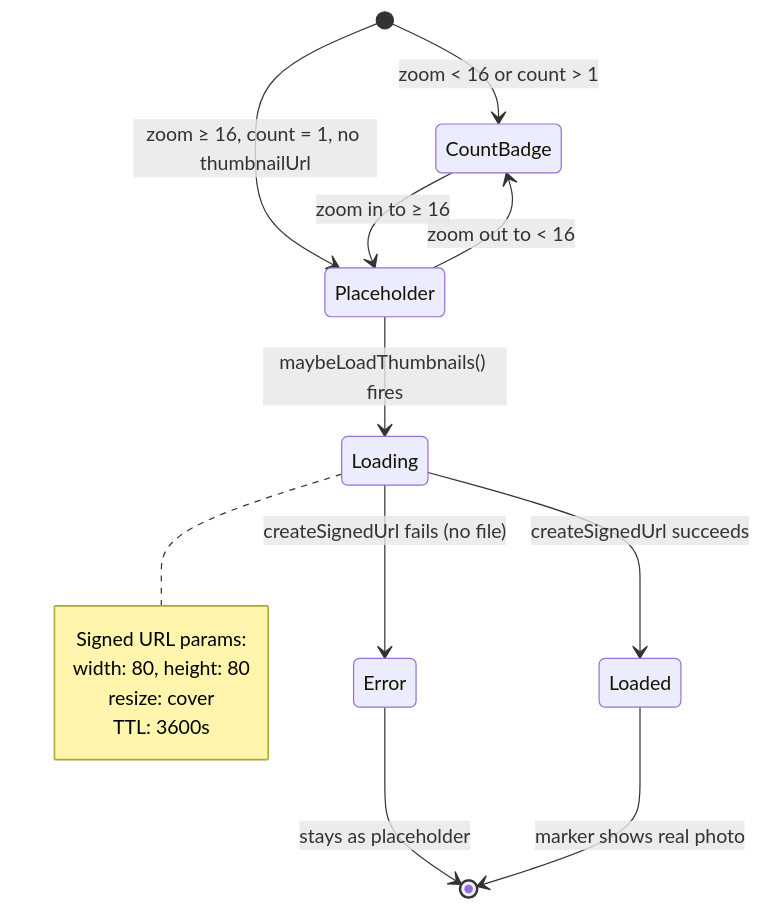
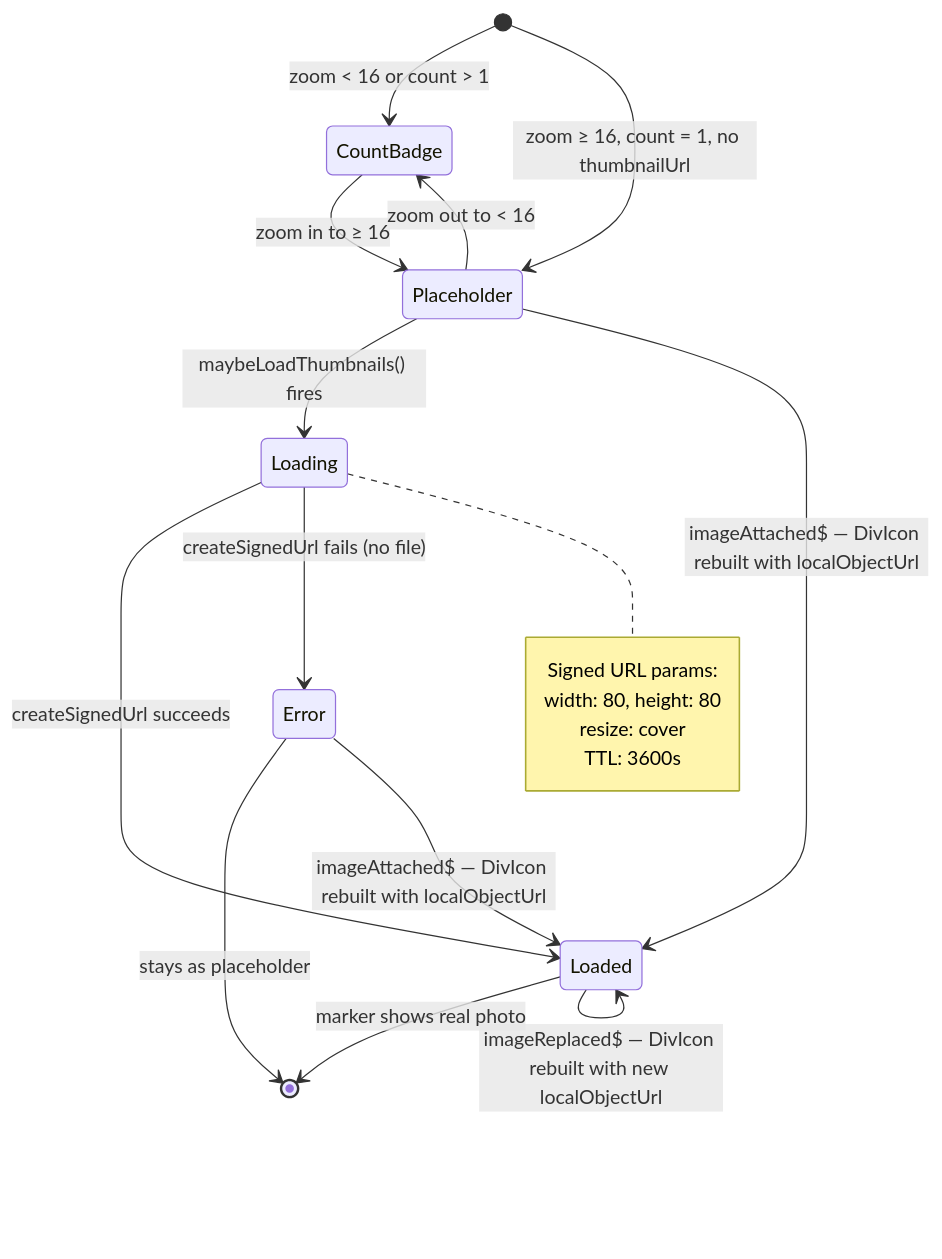
The first of 3 diagrams in docs/element-specs/photo-marker.md (matkleve/sitesnap), drawn with Mermaid before and after one commit. The commit also changed other lines of this file and 4 other files, not shown here.

````diff
--- a/docs/element-specs/photo-marker.md
+++ b/docs/element-specs/photo-marker.md
@@ -68,19 +68,22 @@
 ```mermaid
 stateDiagram-v2
     [*] --> CountBadge : zoom < 16 or count > 1
     [*] --> Placeholder : zoom ≥ 16, count = 1, no thumbnailUrl
     Placeholder --> Loading : maybeLoadThumbnails() fires
     Loading --> Loaded : createSignedUrl succeeds
     Loading --> Error : createSignedUrl fails (no file)
     Error --> [*] : stays as placeholder
     Loaded --> [*] : marker shows real photo
     CountBadge --> Placeholder : zoom in to ≥ 16
     Placeholder --> CountBadge : zoom out to < 16
+    Loaded --> Loaded : imageReplaced$ — DivIcon rebuilt with new localObjectUrl
+    Placeholder --> Loaded : imageAttached$ — DivIcon rebuilt with localObjectUrl
+    Error --> Loaded : imageAttached$ — DivIcon rebuilt with localObjectUrl
 
     note right of Loading
         Signed URL params:
         width: 80, height: 80
         resize: cover
         TTL: 3600s
     end note
 ```
````
